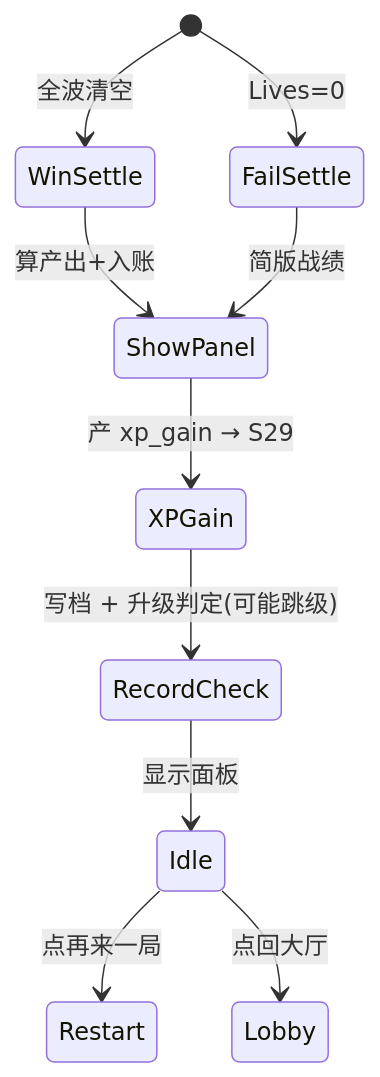
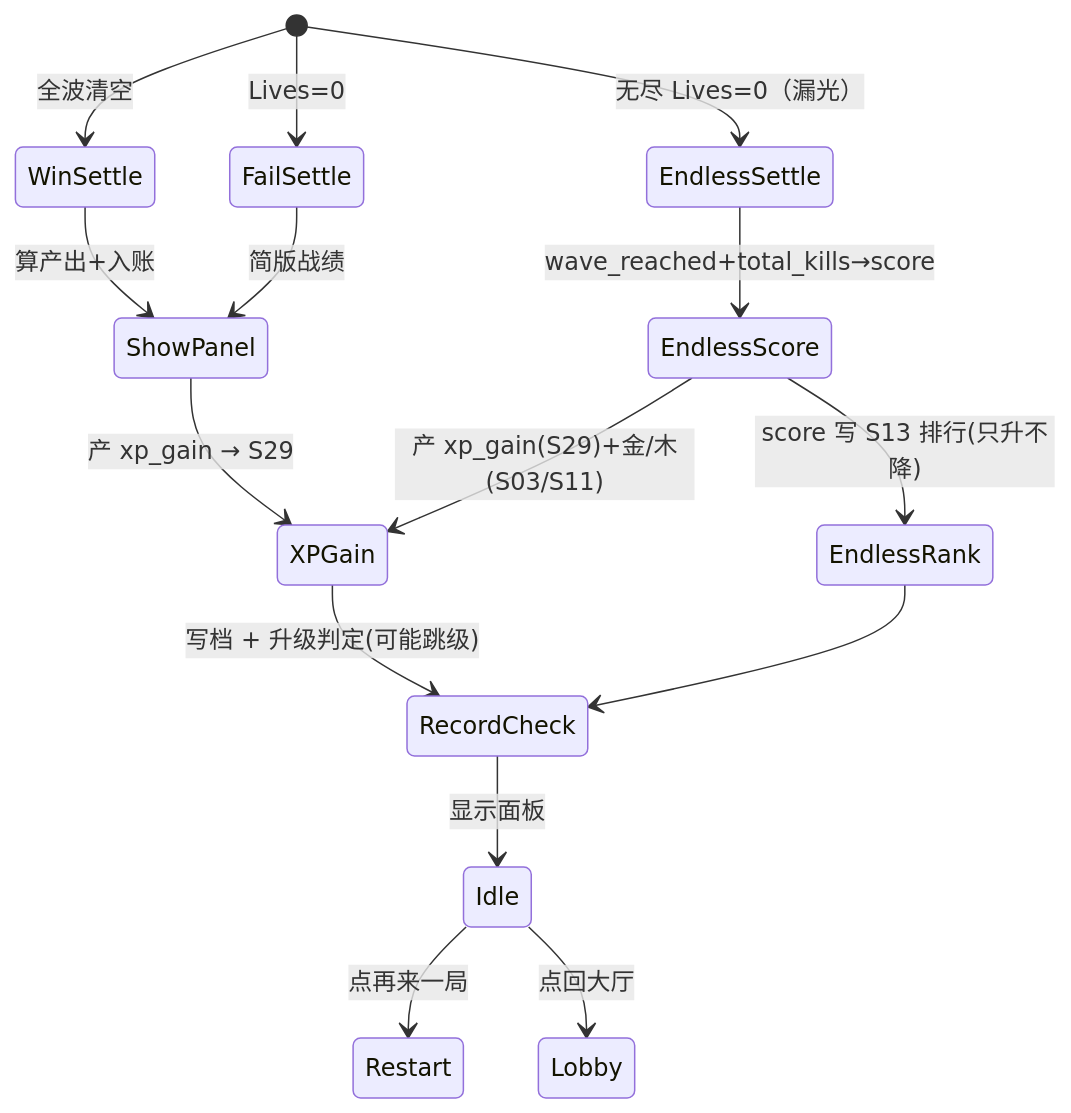
The second of 3 diagrams in docs/design/systems/S08_settlement.md (1028176322-dot/wegame), drawn with Mermaid before and after one commit. The commit also changed other lines of this file and 47 other files, not shown here.

````diff
--- a/docs/design/systems/S08_settlement.md
+++ b/docs/design/systems/S08_settlement.md
@@ -83,12 +104,17 @@
 ```mermaid
 stateDiagram-v2
     [*] --> WinSettle : 全波清空
     [*] --> FailSettle : Lives=0
     WinSettle --> ShowPanel : 算产出+入账
     FailSettle --> ShowPanel : 简版战绩
     ShowPanel --> XPGain : 产 xp_gain → S29
     XPGain --> RecordCheck : 写档 + 升级判定(可能跳级)
     RecordCheck --> Idle : 显示面板
     Idle --> Restart : 点再来一局
     Idle --> Lobby : 点回大厅
+    [*] --> EndlessSettle : 无尽 Lives=0（漏光）
+    EndlessSettle --> EndlessScore : wave_reached+total_kills→score
+    EndlessScore --> XPGain : 产 xp_gain(S29)+金/木(S03/S11)
+    EndlessScore --> EndlessRank : score 写 S13 排行(只升不降)
+    EndlessRank --> RecordCheck
 ```
````
